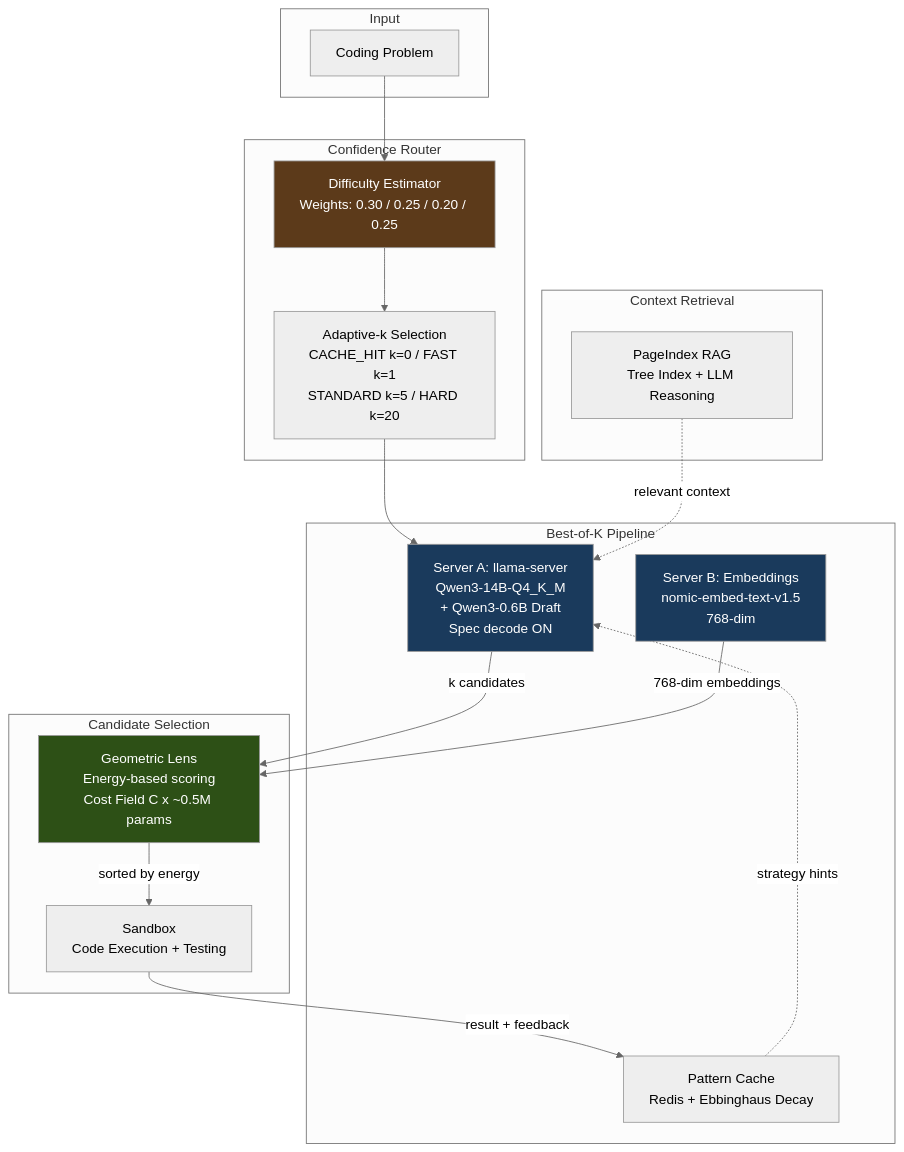
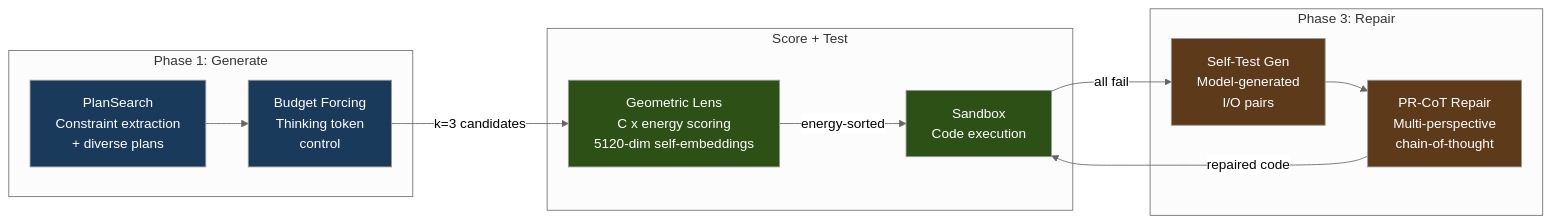
One commit to itigges22/ATLAS changed the diagram in README.md. Above: the diagram before and after it, drawn with Mermaid (neutral theme). The commit also changed other lines of this file and 63 other files, not shown here.

Commit message:
docs: V3.0 release — ablation report, README, architecture, full documentation update

````diff
--- a/README.md
+++ b/README.md
@@ -69,41 +43,31 @@
 ```mermaid
-flowchart TB
-  subgraph Input
-    Problem[Coding Problem]
+flowchart LR
+  subgraph Phase1["Phase 1: Generate"]
+    PS[PlanSearch<br/>Constraint extraction<br/>+ diverse plans]
+    BF[Budget Forcing<br/>Thinking token<br/>control]
   end
 
-  subgraph Routing["Confidence Router"]
-    DE[Difficulty Estimator<br/>Weights: 0.30 / 0.25 / 0.20 / 0.25]
-    AK[Adaptive-k Selection<br/>CACHE_HIT k=0 / FAST k=1<br/>STANDARD k=5 / HARD k=20]
+  subgraph Verify["Score + Test"]
+    GL[Geometric Lens<br/>C x energy scoring<br/>5120-dim self-embeddings]
+    SB[Sandbox<br/>Code execution]
   end
 
-  subgraph Generation["Best-of-K Pipeline"]
-    LS[Server A: llama-server<br/>Qwen3-14B-Q4_K_M<br/>+ Qwen3-0.6B Draft<br/>Spec decode ON]
-    EM[Server B: Embeddings<br/>nomic-embed-text-v1.5<br/>768-dim]
-    PC[Pattern Cache<br/>Redis + Ebbinghaus Decay]
+  subgraph Phase3["Phase 3: Repair"]
+    ST[Self-Test Gen<br/>Model-generated<br/>I/O pairs]
+    PR[PR-CoT Repair<br/>Multi-perspective<br/>chain-of-thought]
   end
 
-  subgraph Evaluation["Candidate Selection"]
-    GL[Geometric Lens<br/>Energy-based scoring<br/>Cost Field C x ~0.5M params]
-    SB[Sandbox<br/>Code Execution + Testing]
-  end
-
-  subgraph Knowledge["Context Retrieval"]
-    PI[PageIndex RAG<br/>Tree Index + LLM Reasoning]
-  end
-
-  Problem --> DE
-  DE --> AK
-  AK --> LS
-  PC -.->|strategy hints| LS
-  PI -.->|relevant context| LS
-  LS -->|k candidates| GL
-  EM -->|768-dim embeddings| GL
-  GL -->|sorted by energy| SB
-  SB -->|result + feedback| PC
+  PS --> BF
+  BF -->|k=3 candidates| GL
+  GL -->|energy-sorted| SB
+  SB -->|all fail| ST
+  ST --> PR
+  PR -->|repaired code| SB
 
   style GL fill:#2d5016,color:#fff
-  style LS fill:#1a3a5c,color:#fff
-  style EM fill:#1a3a5c,color:#fff
-  style DE fill:#5c3a1a,color:#fff
+  style PS fill:#1a3a5c,color:#fff
+  style BF fill:#1a3a5c,color:#fff
+  style SB fill:#2d5016,color:#fff
+  style ST fill:#5c3a1a,color:#fff
+  style PR fill:#5c3a1a,color:#fff
 ```
````
